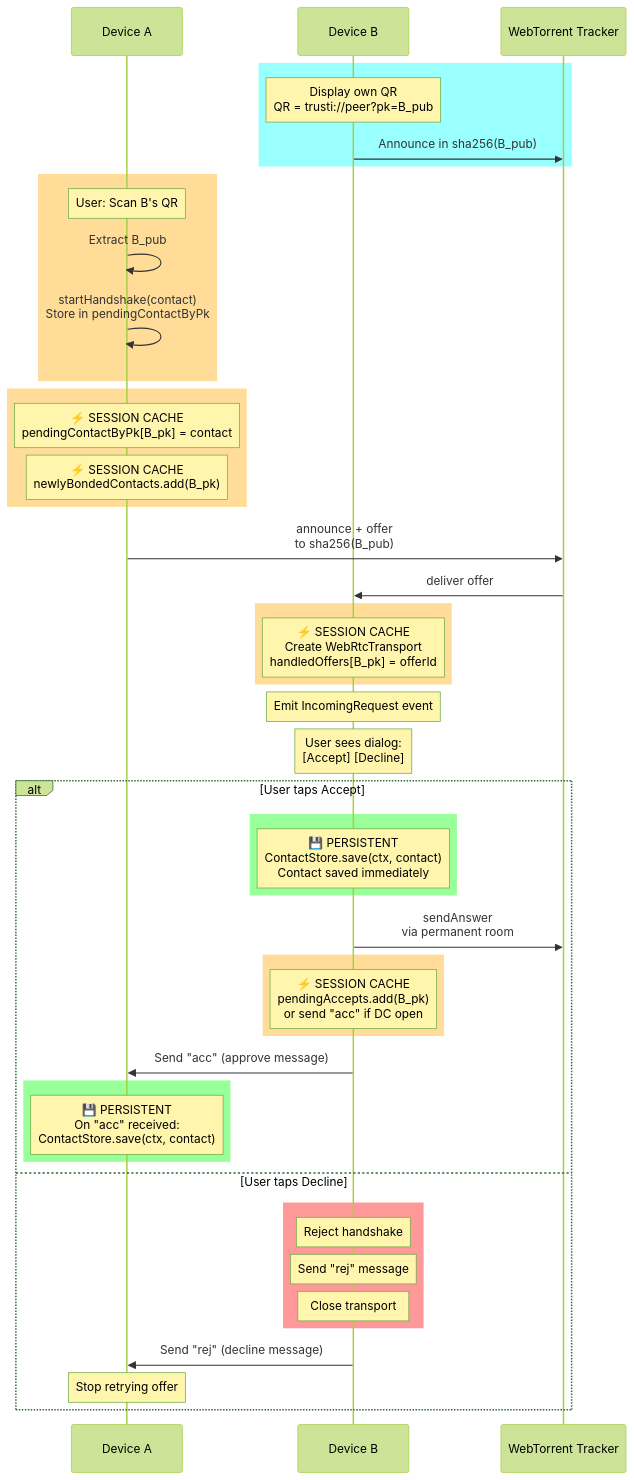
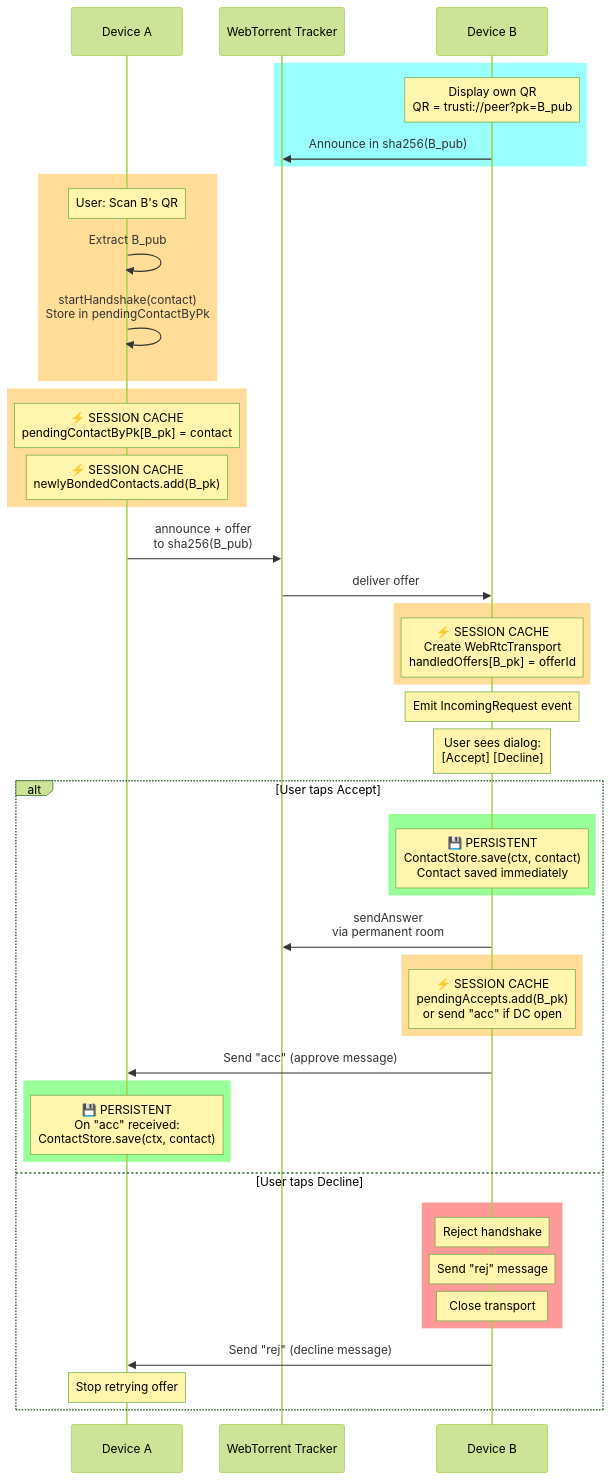
Before and after one commit to davidevecchi/TruSTI: the second of 8 diagrams in README.md, drawn with Mermaid (forest theme). The commit also changed other lines of this file, not shown here.

````diff
--- a/README.md
+++ b/README.md
@@ -95,60 +95,60 @@
 ```mermaid
 sequenceDiagram
     participant A as Device A
+    participant Tracker as WebTorrent Tracker
     participant B as Device B
-    participant Tracker as WebTorrent Tracker
 
     rect rgba(0, 255, 255, 0.4)
     Note over B: Display own QR<br/>QR = trusti://peer?pk=B_pub
     B->>Tracker: Announce in sha256(B_pub)
     end
 
     rect rgba(255, 170, 0, 0.4)
     Note over A: User: Scan B's QR
     A->>A: Extract B_pub
     A->>A: startHandshake(contact)<br/>Store in pendingContactByPk
     end
 
     rect rgba(255, 170, 0, 0.4)
     Note over A: ⚡ SESSION CACHE<br/>pendingContactByPk[B_pk] = contact
     Note over A: ⚡ SESSION CACHE<br/>newlyBondedContacts.add(B_pk)
     end
 
     A->>Tracker: announce + offer<br/>to sha256(B_pub)
     Tracker->>B: deliver offer
 
     rect rgba(255, 170, 0, 0.4)
     Note over B: ⚡ SESSION CACHE<br/>Create WebRtcTransport<br/>handledOffers[B_pk] = offerId
     end
 
     Note over B: Emit IncomingRequest event
     Note over B: User sees dialog:<br/>[Accept] [Decline]
 
     alt User taps Accept
         rect rgba(0, 255, 0, 0.4)
         Note over B: 💾 PERSISTENT<br/>ContactStore.save(ctx, contact)<br/>Contact saved immediately
         end
 
         B->>Tracker: sendAnswer<br/>via permanent room
 
         rect rgba(255, 170, 0, 0.4)
         Note over B: ⚡ SESSION CACHE<br/>pendingAccepts.add(B_pk)<br/>or send "acc" if DC open
         end
 
         B->>A: Send "acc" (approve message)
 
         rect rgba(0, 255, 0, 0.4)
         Note over A: 💾 PERSISTENT<br/>On "acc" received:<br/>ContactStore.save(ctx, contact)
         end
 
     else User taps Decline
         rect rgba(255, 0, 0, 0.4)
         Note over B: Reject handshake
         Note over B: Send "rej" message
         Note over B: Close transport
         end
 
         B->>A: Send "rej" (decline message)
         Note over A: Stop retrying offer
     end
 ```
````
